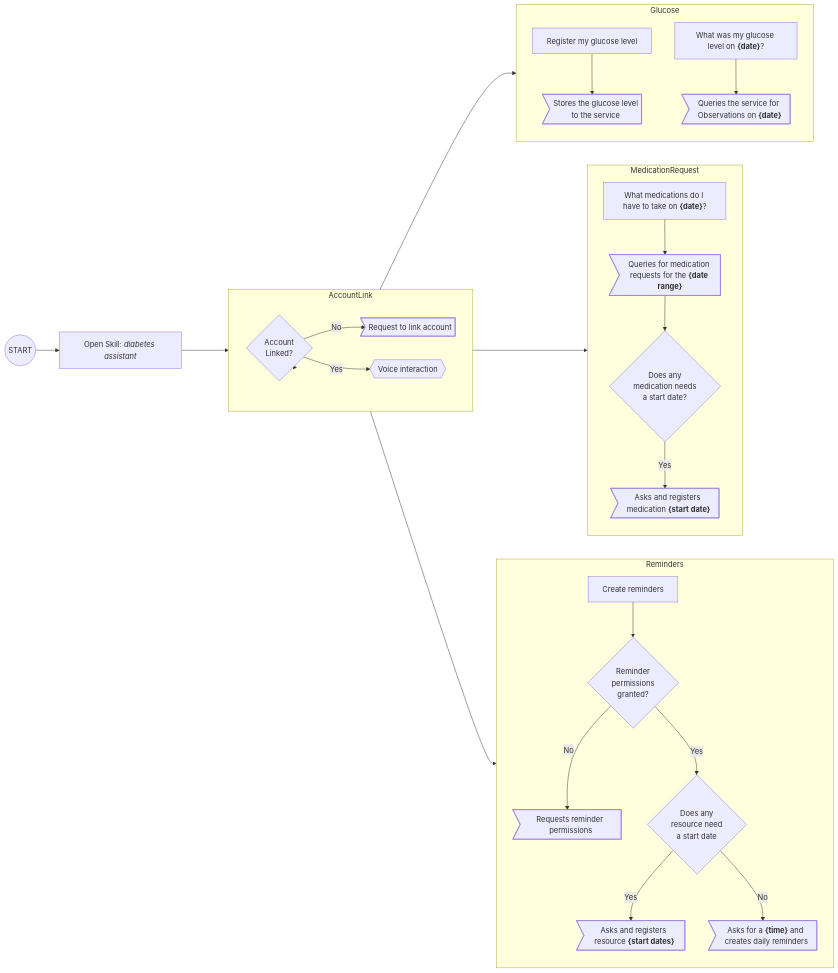
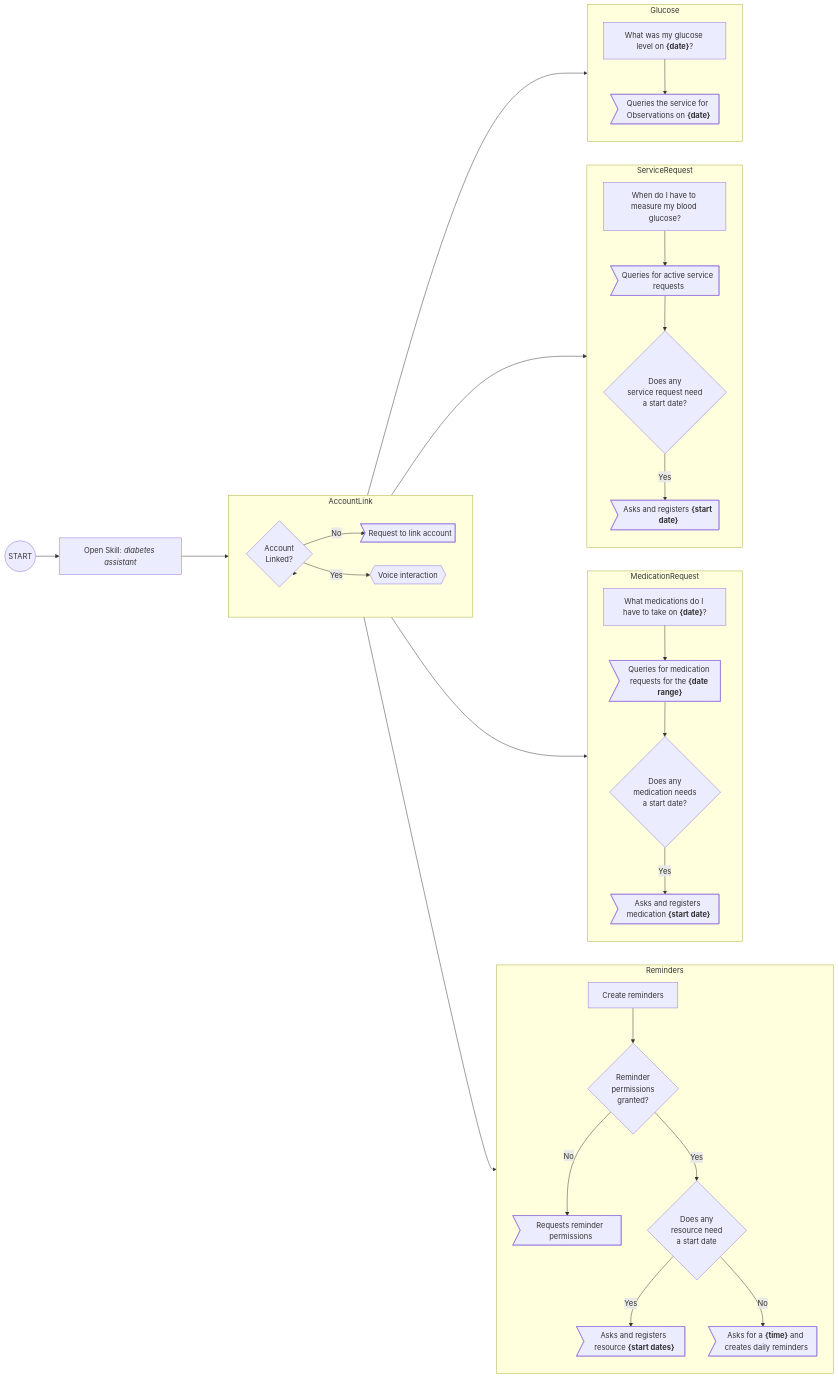
One commit to adonozo/diabetes-assistant-skill changed the sixth of 6 diagrams in alexa-model.md. Above: the diagram before and after it, drawn with Mermaid. The commit also changed other lines of this file, not shown here.

````diff
--- a/alexa-model.md
+++ b/alexa-model.md
@@ -66,59 +77,68 @@
 ```mermaid
 flowchart LR
 
     S((START))
     A1["`Open Skill: *diabetes assistant*`"]
     C1{Account\nLinked?}
     R1>Request to link account]
     VI{{Voice interaction}}
-    R2[Register my glucose level]
-    A2>Stores the glucose level\nto the service]
     R3["`What was my glucose level on **{date}**?`"]
     A3>"`Queries the service for Observations on **{date}**`"]
     R4["`What medications do I have to take on **{date}**?`"]
     A4>"`Queries for medication requests for the **{date range}**`"]
     R5[Create reminders]
     A5A>"`Asks for a **{time}** and creates daily reminders`"]
     C2{Reminder\npermissions\ngranted?}
     A5B>Requests reminder permissions]
     C3{Does any\nmedication needs\na start date?}
     A4B>"`Asks and registers medication **{start date}**`"]
     C4{Does any\nresource need\na start date}
     A6>"`Asks and registers resource **{start dates}**`"]
+    R7["When do I have to measure my blood glucose?"]
+    A7>"Queries for active service requests"]
+    C7{Does any<br>service request need<br>a start date?}
+    A7B>"`Asks and registers **{start date}**`"]
 
     S --> A1
     A1 ---> C1
 
     AccountLink --> C1
 
     subgraph AccountLink
         direction LR
         C1 -->|No| R1
         C1 -->|Yes| VI
     end
 
     VI --> Glucose
 
     subgraph Glucose
-        R2 --> A2
         R3 --> A3
+    end
+    
+    VI --> ServiceRequest
+    
+    subgraph ServiceRequest
+        R7 --> A7
+        A7 --> C7
+        C7 -->|Yes| A7B
     end
 
     VI --> MedicationRequest
 
     subgraph MedicationRequest
         R4 --> A4
         A4 --> C3
         C3 -->|Yes| A4B
     end
 
     VI --> Reminders
 
     subgraph Reminders
         R5 --> C2
         C2 -->|No| A5B
         C2 -->|Yes| C4
         C4 -->|Yes| A6
         C4 -->|No| A5A
     end
 ```
````
